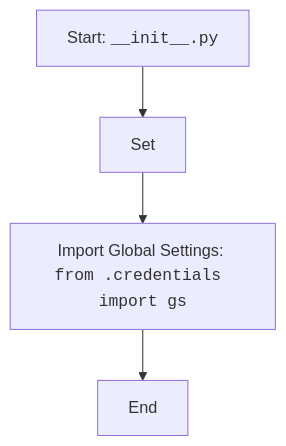
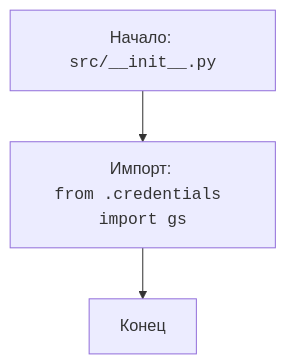
One commit to hypo69/hypo changed the diagram in docs/gemini/ru/explainer/src/__init__.py.md. Above: the diagram before and after it, drawn with Mermaid. The commit also changed other lines of this file and 1505 other files, not shown here.

````diff
--- a/docs/gemini/ru/explainer/src/__init__.py.md
+++ b/docs/gemini/ru/explainer/src/__init__.py.md
@@ -16,6 +17,5 @@
 ```mermaid
 flowchart TD
-    Start[Start: <code>__init__.py</code>] --> ModeSetting[Set ]
-    ModeSetting --> ImportSettings[Import Global Settings: <br><code>from .credentials import gs</code>]
-    ImportSettings --> End[End]
+    Start[Начало: <code>src/__init__.py</code>] --> Import_credentials[Импорт: <br><code>from .credentials import gs</code>]
+    Import_credentials --> End[Конец]
 ```
````
